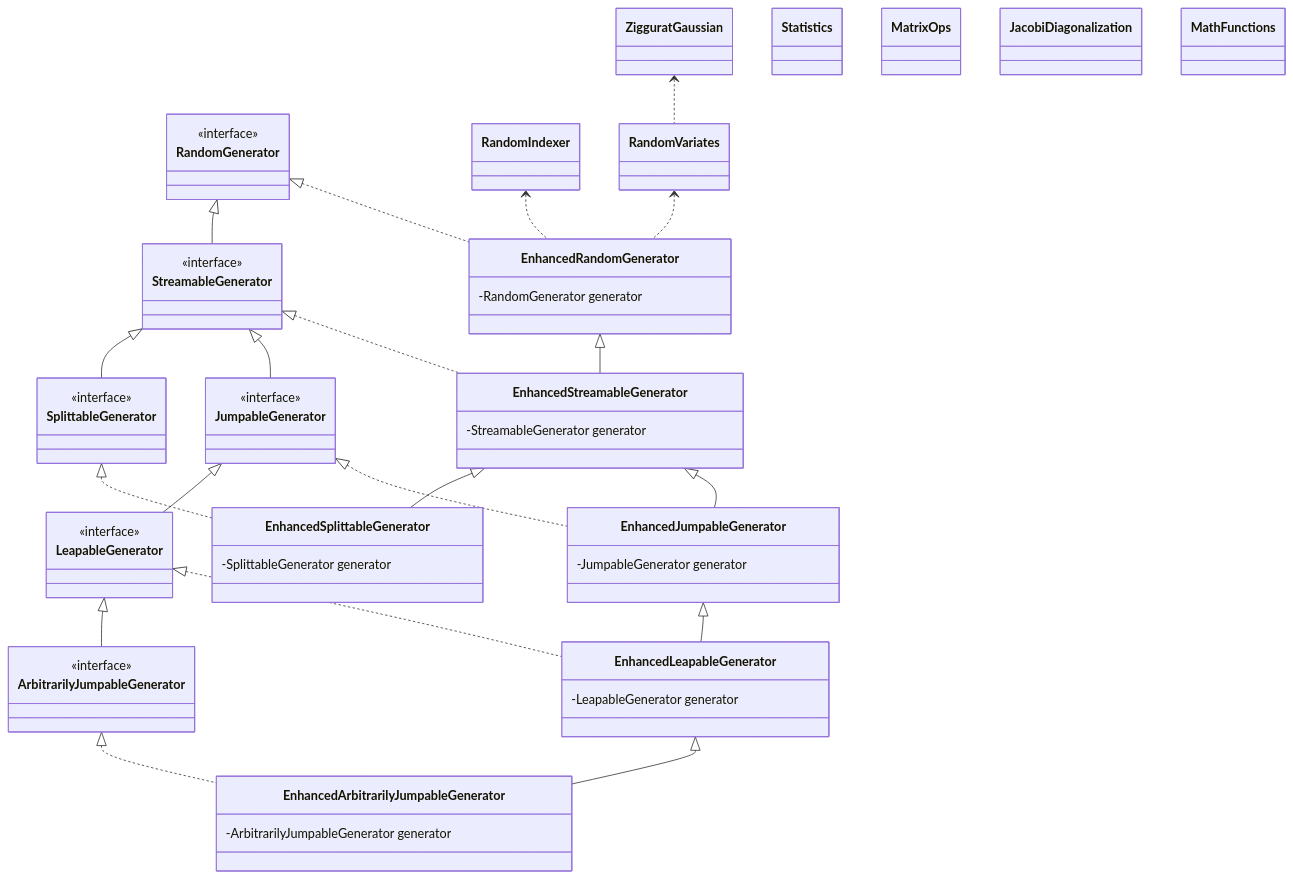
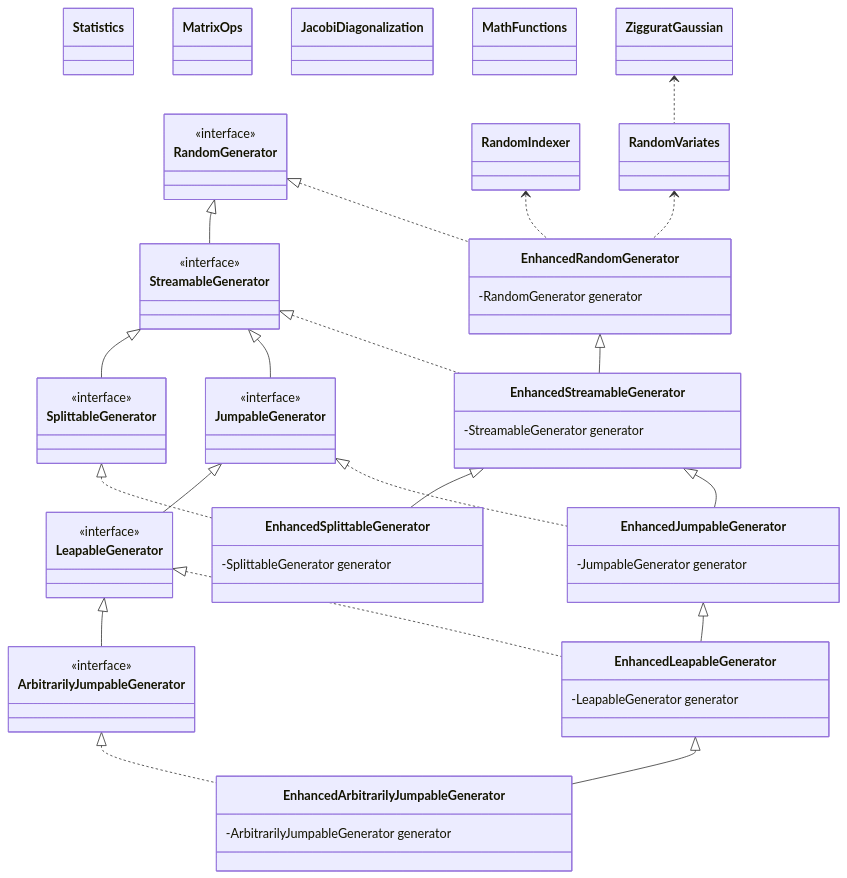
The diagram in README.md (cicirello/rho-mu), drawn with Mermaid before and after one commit. The commit also changed other lines of this file, not shown here.

Commit message:
edited UML diagram layout

````diff
--- a/README.md
+++ b/README.md
@@ -89,72 +89,72 @@
 ```mermaid
 classDiagram
+  class Statistics
+  class MatrixOps
+  class JacobiDiagonalization
+  class MathFunctions
   class RandomGenerator
   <<interface>> RandomGenerator
   class StreamableGenerator
   <<interface>> StreamableGenerator
   RandomGenerator <|-- StreamableGenerator
   class SplittableGenerator
   <<interface>> SplittableGenerator
   StreamableGenerator <|-- SplittableGenerator
   class JumpableGenerator
   <<interface>> JumpableGenerator
   StreamableGenerator <|-- JumpableGenerator
   class LeapableGenerator
   <<interface>> LeapableGenerator
   JumpableGenerator <|-- LeapableGenerator
   class ArbitrarilyJumpableGenerator
   <<interface>> ArbitrarilyJumpableGenerator
   LeapableGenerator <|-- ArbitrarilyJumpableGenerator
   class EnhancedRandomGenerator
   RandomGenerator <|.. EnhancedRandomGenerator
   class RandomIndexer
   RandomIndexer <.. EnhancedRandomGenerator
   class RandomVariates
   RandomVariates <.. EnhancedRandomGenerator
   EnhancedRandomGenerator : -RandomGenerator generator
   class ZigguratGaussian
   ZigguratGaussian <.. RandomVariates
-  class Statistics
-  class MatrixOps
-  class JacobiDiagonalization
-  class MathFunctions
   class EnhancedStreamableGenerator
   EnhancedRandomGenerator <|-- EnhancedStreamableGenerator
   StreamableGenerator <|.. EnhancedStreamableGenerator
   EnhancedStreamableGenerator : -StreamableGenerator generator
   class EnhancedSplittableGenerator
   EnhancedStreamableGenerator <|-- EnhancedSplittableGenerator
   SplittableGenerator <|.. EnhancedSplittableGenerator
   EnhancedSplittableGenerator : -SplittableGenerator generator
   class EnhancedJumpableGenerator
   EnhancedStreamableGenerator <|-- EnhancedJumpableGenerator
   JumpableGenerator <|.. EnhancedJumpableGenerator
   EnhancedJumpableGenerator : -JumpableGenerator generator
   class EnhancedLeapableGenerator
   EnhancedJumpableGenerator <|-- EnhancedLeapableGenerator
   LeapableGenerator <|.. EnhancedLeapableGenerator
   EnhancedLeapableGenerator : -LeapableGenerator generator
   class EnhancedArbitrarilyJumpableGenerator
   EnhancedLeapableGenerator <|-- EnhancedArbitrarilyJumpableGenerator
   ArbitrarilyJumpableGenerator <|.. EnhancedArbitrarilyJumpableGenerator
   EnhancedArbitrarilyJumpableGenerator : -ArbitrarilyJumpableGenerator generator
   link RandomIndexer "https://rho-mu.cicirello.org/api/org.cicirello.rho_mu/org/cicirello/math/rand/RandomIndexer.html"
   link RandomVariates "https://rho-mu.cicirello.org/api/org.cicirello.rho_mu/org/cicirello/math/rand/RandomVariates.html"
   link EnhancedRandomGenerator "https://rho-mu.cicirello.org/api/org.cicirello.rho_mu/org/cicirello/math/rand/EnhancedRandomGenerator.html"
   link EnhancedStreamableGenerator "https://rho-mu.cicirello.org/api/org.cicirello.rho_mu/org/cicirello/math/rand/EnhancedStreamableGenerator.html"
   link EnhancedSplittableGenerator "https://rho-mu.cicirello.org/api/org.cicirello.rho_mu/org/cicirello/math/rand/EnhancedSplittableGenerator.html"
   link EnhancedJumpableGenerator "https://rho-mu.cicirello.org/api/org.cicirello.rho_mu/org/cicirello/math/rand/EnhancedJumpableGenerator.html"
   link EnhancedLeapableGenerator "https://rho-mu.cicirello.org/api/org.cicirello.rho_mu/org/cicirello/math/rand/EnhancedLeapableGenerator.html"
   link EnhancedArbitrarilyJumpableGenerator "https://rho-mu.cicirello.org/api/org.cicirello.rho_mu/org/cicirello/math/rand/EnhancedArbitrarilyJumpableGenerator.html"
   link RandomGenerator "https://docs.oracle.com/en/java/javase/17/docs/api/java.base/java/util/random/RandomGenerator.html"
   link StreamableGenerator "https://docs.oracle.com/en/java/javase/17/docs/api/java.base/java/util/random/RandomGenerator.StreamableGenerator.html"
   link SplittableGenerator "https://docs.oracle.com/en/java/javase/17/docs/api/java.base/java/util/random/RandomGenerator.SplittableGenerator.html"
   link JumpableGenerator "https://docs.oracle.com/en/java/javase/17/docs/api/java.base/java/util/random/RandomGenerator.JumpableGenerator.html"
   link LeapableGenerator "https://docs.oracle.com/en/java/javase/17/docs/api/java.base/java/util/random/RandomGenerator.LeapableGenerator.html"
   link ArbitrarilyJumpableGenerator "https://docs.oracle.com/en/java/javase/17/docs/api/java.base/java/util/random/RandomGenerator.ArbitrarilyJumpableGenerator.html"
   link ZigguratGaussian "https://rho-mu.cicirello.org/api/org.cicirello.rho_mu/org/cicirello/math/rand/ZigguratGaussian.html"
   link MathFunctions "https://rho-mu.cicirello.org/api/org.cicirello.rho_mu/org/cicirello/math/MathFunctions.html"
   link Statistics "https://rho-mu.cicirello.org/api/org.cicirello.rho_mu/org/cicirello/math/stats/Statistics.html"
   link MatrixOps "https://rho-mu.cicirello.org/api/org.cicirello.rho_mu/org/cicirello/math/la/MatrixOps.html"
   link JacobiDiagonalization "https://rho-mu.cicirello.org/api/org.cicirello.rho_mu/org/cicirello/math/la/JacobiDiagonalization.html"
 ```
````
